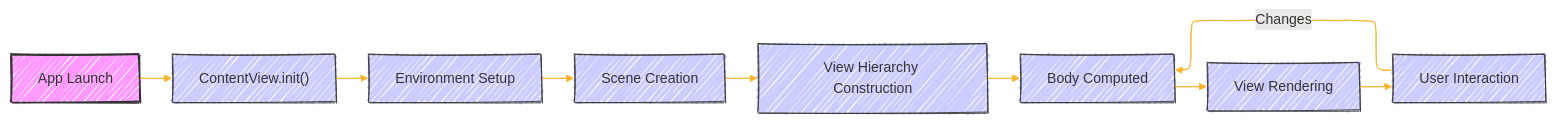
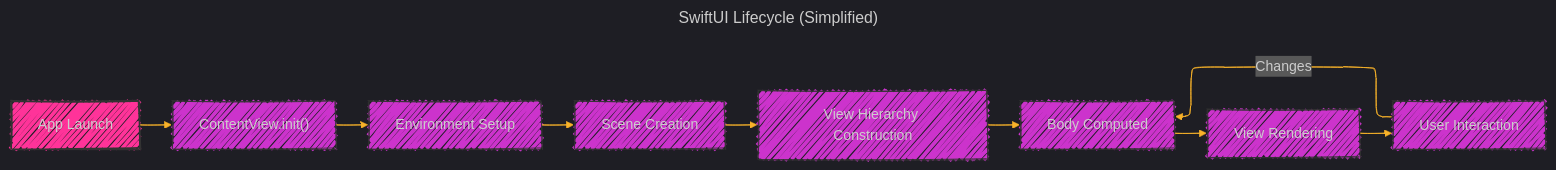
One commit to CongLeSolutionX/Metal-Primitives changed the seventh of 8 diagrams in Documentation_Consolidated_Version_Draft_2.md. Above: the diagram before and after it, drawn with Mermaid. The commit also changed other lines of this file, not shown here.

````diff
--- a/Documentation_Consolidated_Version_Draft_2.md
+++ b/Documentation_Consolidated_Version_Draft_2.md
@@ -461,37 +477,41 @@
 ```mermaid
+---
+title: SwiftUI Lifecycle (Simplified)
+config:
+  layout: elk
+  look: handDrawn
+  theme: dark
+---
 %%{
   init: {
-    'theme': 'default',
-    'layout': 'elk',
-    'look': 'handDrawn',
     'fontFamily': 'verdana',
     'themeVariables': {
       'primaryColor': '#BB2528',
-      'primaryTextColor': '#fff',
+      'primaryTextColor': '#f529',
       'primaryBorderColor': '#7C0000',
       'lineColor': '#F8B229',
       'secondaryColor': '#006100',
       'tertiaryColor': '#fff'
     }
   }
 }%%
 graph LR
     A["App Launch"] --> B["ContentView.init()"]
     B --> C["Environment Setup"]
     C --> D["Scene Creation"]
     D --> E["View Hierarchy Construction"]
     E --> F["Body Computed"]
     F --> G["View Rendering"]
     G --> H["User Interaction"]
     H -- Changes --> F
 
-    style A fill:#f9f,stroke:#333,stroke-width:2px
-    style B fill:#ccf,stroke:#333,stroke-width:1px
-    style C fill:#ccf,stroke:#333,stroke-width:1px
-    style D fill:#ccf,stroke:#333,stroke-width:1px
-    style E fill:#ccf,stroke:#333,stroke-width:1px
-    style F fill:#ccf,stroke:#333,stroke-width:1px
-    style G fill:#ccf,stroke:#333,stroke-width:1px
-    style H fill:#ccf,stroke:#333,stroke-width:1px
+    style A fill:#f39f,stroke:#333,stroke-width:2px
+    style B fill:#c3cf,stroke:#333,stroke-width:1px
+    style C fill:#c3cf,stroke:#333,stroke-width:1px
+    style D fill:#c3cf,stroke:#333,stroke-width:1px
+    style E fill:#c3cf,stroke:#333,stroke-width:1px
+    style F fill:#c3cf,stroke:#333,stroke-width:1px
+    style G fill:#c3cf,stroke:#333,stroke-width:1px
+    style H fill:#c3cf,stroke:#333,stroke-width:1px
 
 ```
````
